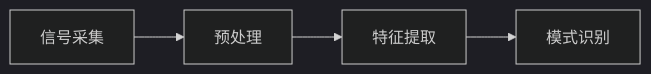
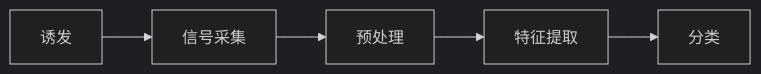
Before and after one commit to riv2r/AE4EEGFE: the diagram in README.md, drawn with Mermaid (dark theme). The commit also changed other lines of this file, not shown here.

````diff
--- a/README.md
+++ b/README.md
@@ -15,4 +21,4 @@
 ```mermaid
 graph LR
-A[信号采集]-->B[预处理]-->C[特征提取]-->D[模式识别]
+A[诱发]-->B[信号采集]-->C[预处理]-->D[特征提取]-->E[分类]
 ```
````
